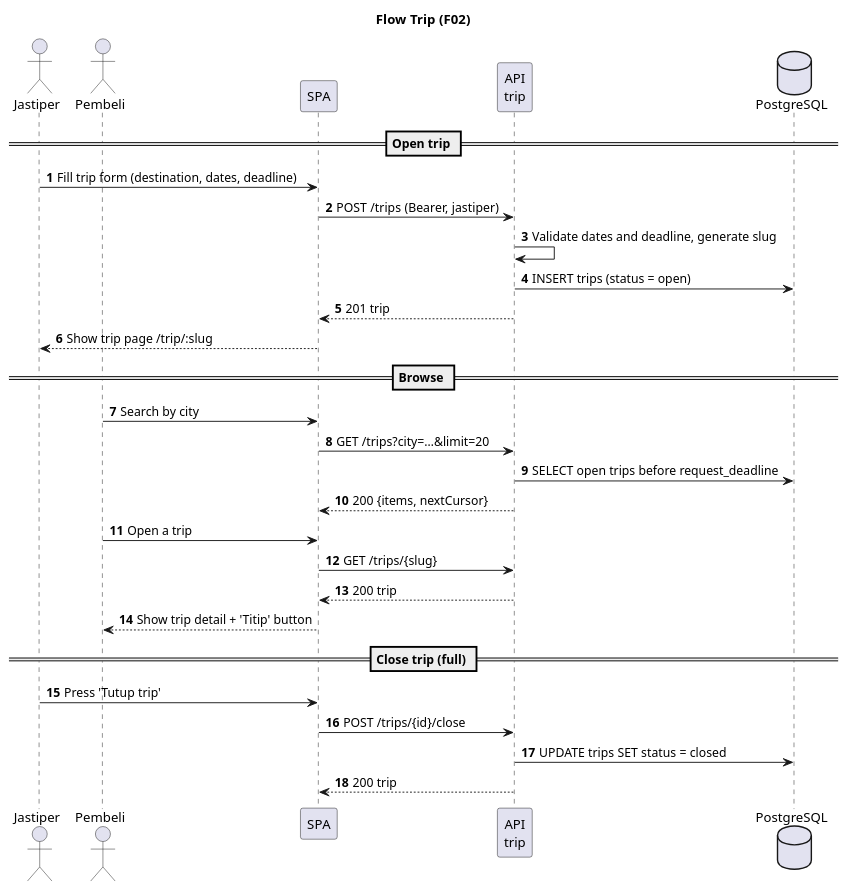
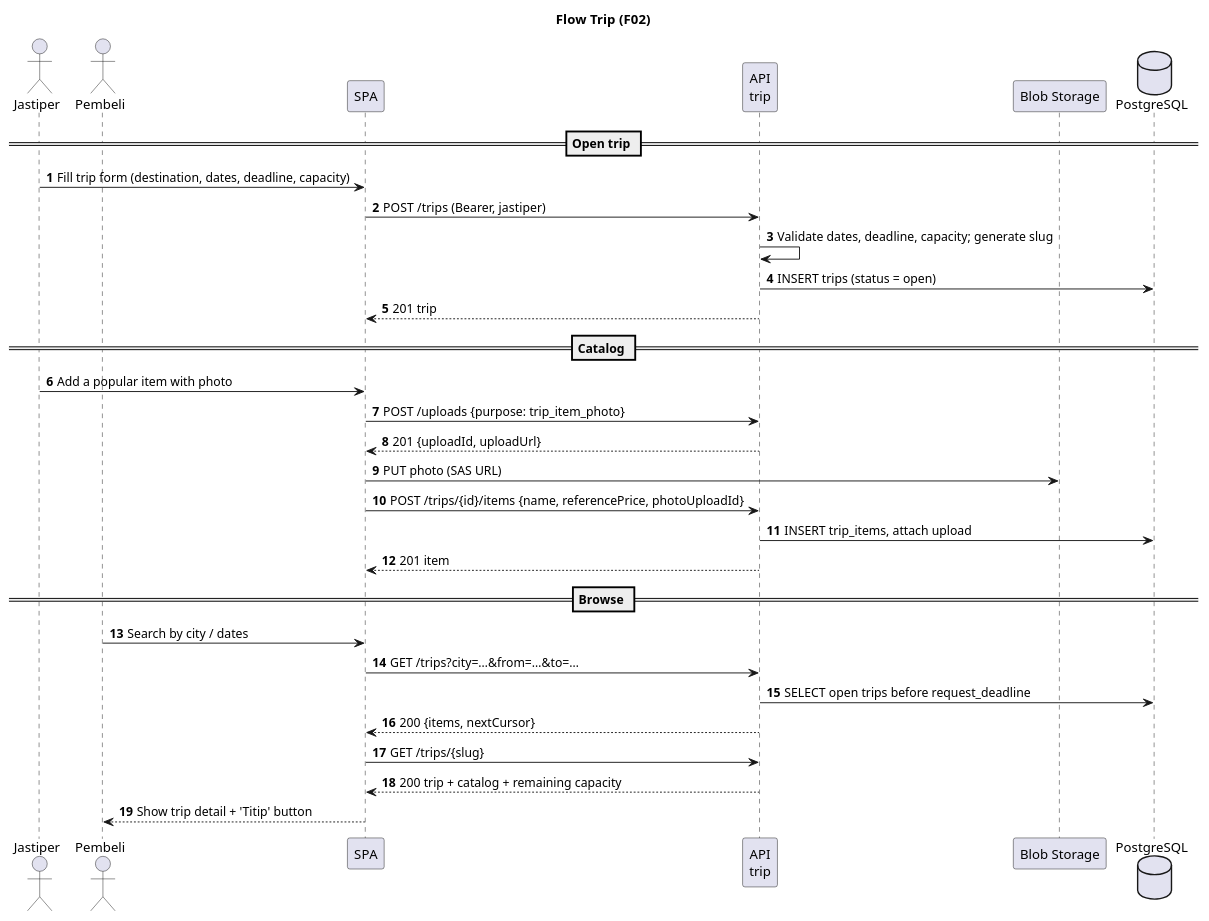
The second of 8 diagrams in docs/features/README.md (Titip-Dong/titipdong-be), drawn with PlantUML before and after one commit. The commit also changed other lines of this file and 11 other files, not shown here.

````diff
--- a/docs/features/README.md
+++ b/docs/features/README.md
@@ -128,38 +89,40 @@
 ```plantuml
 @startuml trip
 
 title Flow Trip (F02)
 
 actor       "Jastiper"          as jas
 actor       "Pembeli"           as buyer
 participant "SPA"               as fe
 participant "API\ntrip"         as trip
+participant "Blob Storage"      as blob
 database    "PostgreSQL"        as db
 
 autonumber
 == Open trip ==
-jas -> fe       : Fill trip form (destination, dates, deadline)
+jas -> fe       : Fill trip form (destination, dates, deadline, capacity)
 fe -> trip      : POST /trips (Bearer, jastiper)
-trip -> trip    : Validate dates and deadline, generate slug
+trip -> trip    : Validate dates, deadline, capacity; generate slug
 trip -> db      : INSERT trips (status = open)
 trip --> fe     : 201 trip
-fe --> jas      : Show trip page /trip/:slug
+
+== Catalog ==
+jas -> fe       : Add a popular item with photo
+fe -> trip      : POST /uploads {purpose: trip_item_photo}
+trip --> fe     : 201 {uploadId, uploadUrl}
+fe -> blob      : PUT photo (SAS URL)
+fe -> trip      : POST /trips/{id}/items {name, referencePrice, photoUploadId}
+trip -> db      : INSERT trip_items, attach upload
+trip --> fe     : 201 item
 
 == Browse ==
-buyer -> fe     : Search by city
-fe -> trip      : GET /trips?city=…&limit=20
+buyer -> fe     : Search by city / dates
+fe -> trip      : GET /trips?city=…&from=…&to=…
 trip -> db      : SELECT open trips before request_deadline
 trip --> fe     : 200 {items, nextCursor}
-buyer -> fe     : Open a trip
 fe -> trip      : GET /trips/{slug}
-trip --> fe     : 200 trip
+trip --> fe     : 200 trip + catalog + remaining capacity
 fe --> buyer    : Show trip detail + 'Titip' button
-
-== Close trip (full) ==
-jas -> fe       : Press 'Tutup trip'
-fe -> trip      : POST /trips/{id}/close
-trip -> db      : UPDATE trips SET status = closed
-trip --> fe     : 200 trip
 
 @enduml
 ```
````
